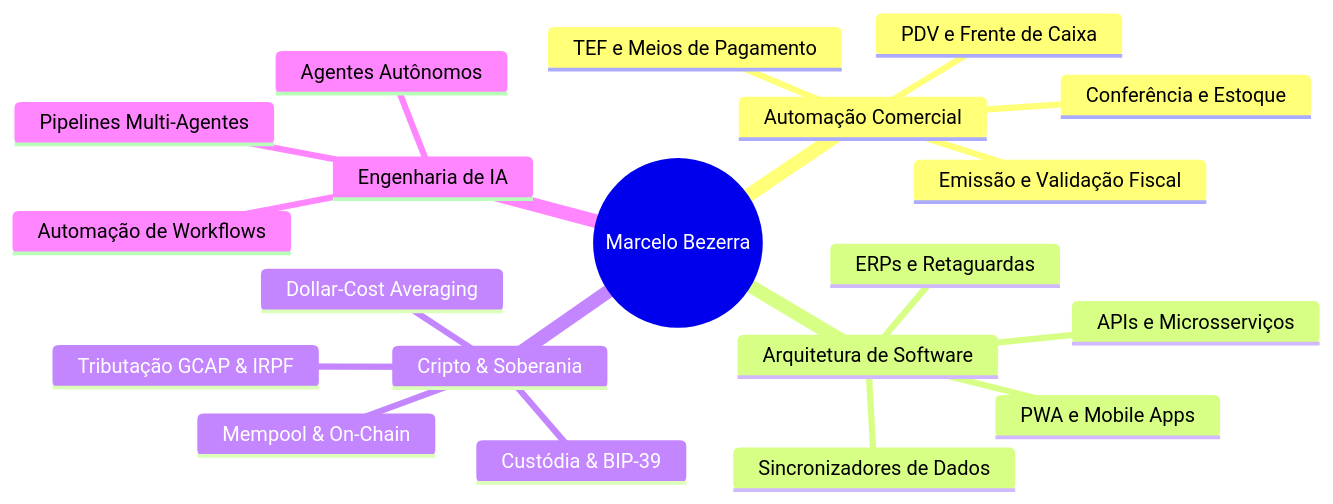
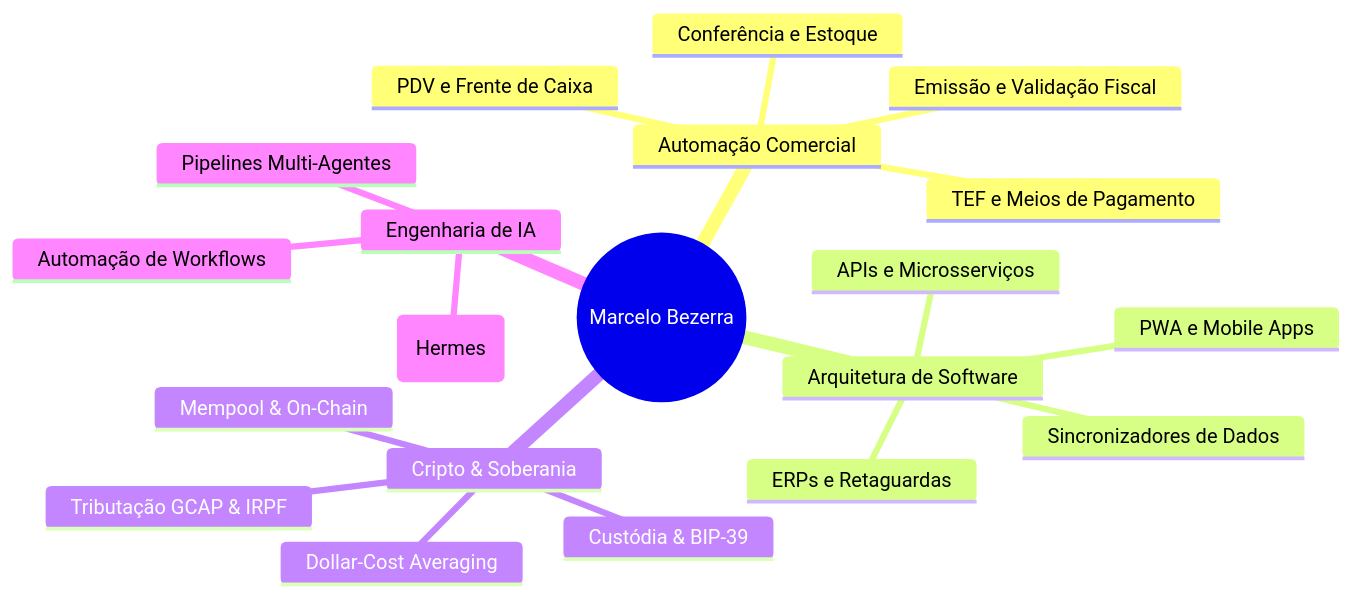
One commit to marcelotpbezerra/marcelotpbezerra changed the diagram in README.md. Above: the diagram before and after it, drawn with Mermaid. The commit also changed other lines of this file, not shown here.

````diff
--- a/README.md
+++ b/README.md
@@ -23,23 +23,23 @@
 ```mermaid
 mindmap
   root((Marcelo Bezerra))
     Automação Comercial
       PDV e Frente de Caixa
       TEF e Meios de Pagamento
       Emissão e Validação Fiscal
       Conferência e Estoque
     Arquitetura de Software
       ERPs e Retaguardas
       APIs e Microsserviços
       PWA e Mobile Apps
       Sincronizadores de Dados
     Cripto & Soberania
       Custódia & BIP-39
       Mempool & On-Chain
       Tributação GCAP & IRPF
       Dollar-Cost Averaging
     Engenharia de IA
       Pipelines Multi-Agentes
       Automação de Workflows
-      Agentes Autônomos
+      Agentes Autônomos (Hermes)
 ```
````
